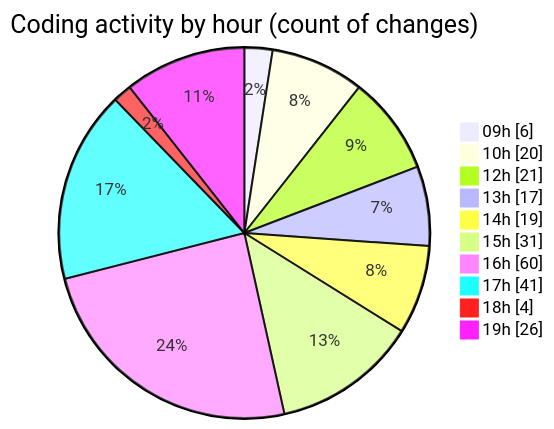
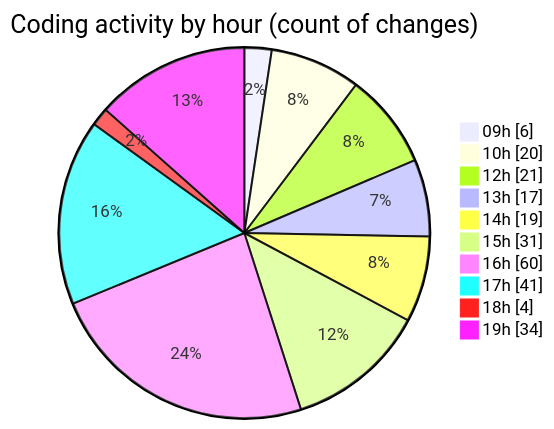
Before and after one commit to becaeroporto-bot/code-tracking: the second of 2 diagrams in 2026-02-18/bot_v1_2/README.md, drawn with Mermaid. The commit also changed other lines of this file and 1 other file, not shown here.

````diff
--- a/2026-02-18/bot_v1_2/README.md
+++ b/2026-02-18/bot_v1_2/README.md
@@ -57,14 +57,14 @@
 ```mermaid
 pie showData
 title Coding activity by hour (count of changes)
 "09h" : 6
 "10h" : 20
 "12h" : 21
 "13h" : 17
 "14h" : 19
 "15h" : 31
 "16h" : 60
 "17h" : 41
 "18h" : 4
-"19h" : 26
+"19h" : 34
 ```
````
